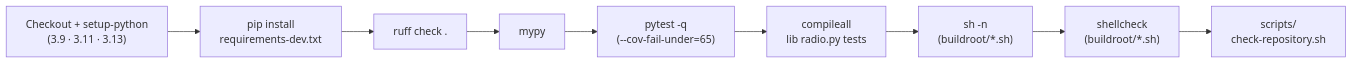
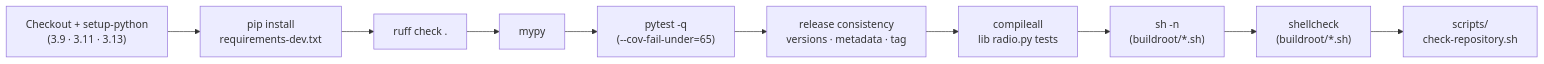
The diagram in doc/development.md (thk4711/raspberry-kitchen-radio), drawn with Mermaid before and after one commit. The commit also changed other lines of this file and 10 other files, not shown here.

````diff
--- a/doc/development.md
+++ b/doc/development.md
@@ -101,11 +102,12 @@
 ```mermaid
 flowchart LR
     A["Checkout + setup-python<br/>(3.9 · 3.11 · 3.13)"] --> B["pip install<br/>requirements-dev.txt"]
     B --> C["ruff check ."]
     C --> D["mypy"]
     D --> E["pytest -q<br/>(--cov-fail-under=65)"]
-    E --> F["compileall<br/>lib radio.py tests"]
-    F --> G["sh -n<br/>(buildroot/*.sh)"]
-    G --> H["shellcheck<br/>(buildroot/*.sh)"]
-    H --> I["scripts/<br/>check-repository.sh"]
+    E --> F["release consistency<br/>versions · metadata · tag"]
+    F --> G["compileall<br/>lib radio.py tests"]
+    G --> H["sh -n<br/>(buildroot/*.sh)"]
+    H --> I["shellcheck<br/>(buildroot/*.sh)"]
+    I --> J["scripts/<br/>check-repository.sh"]
 ```
````
